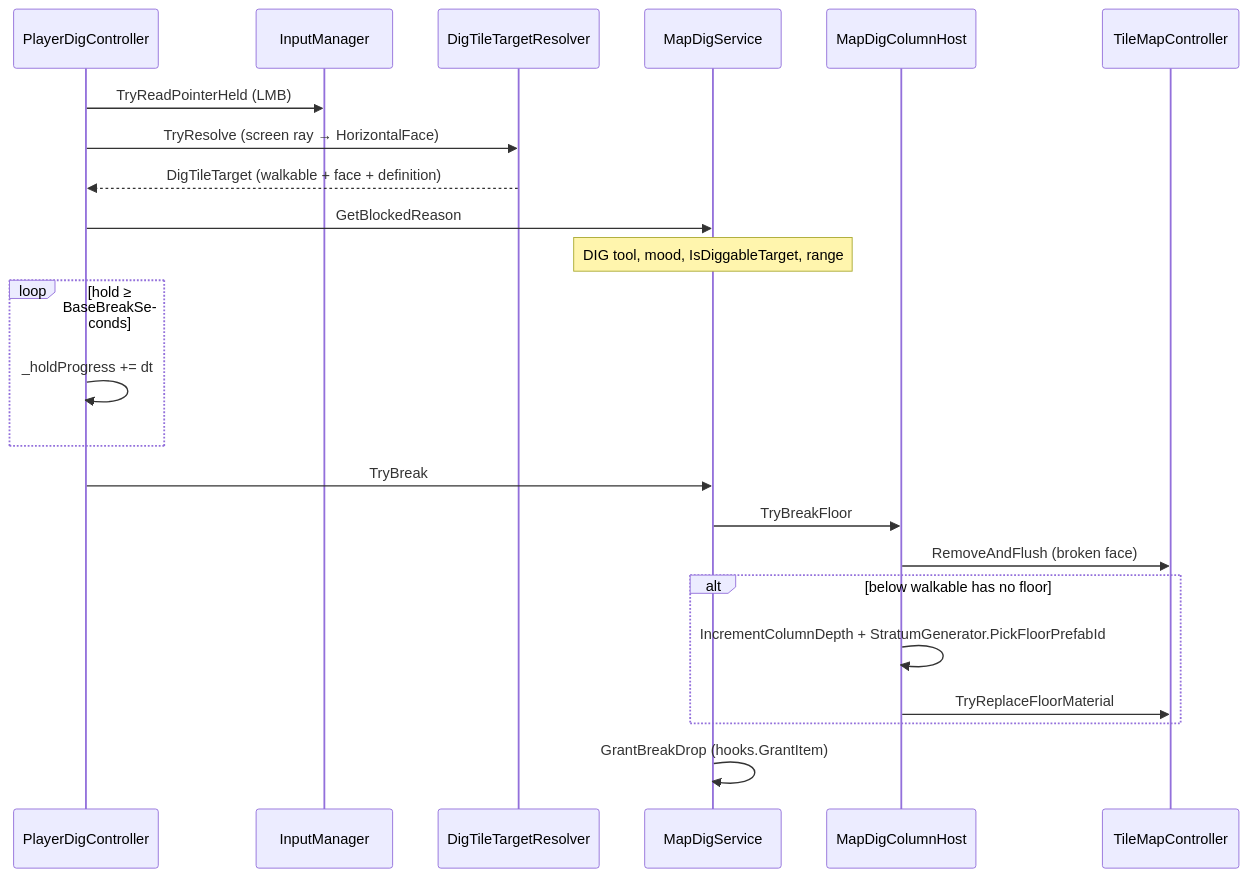
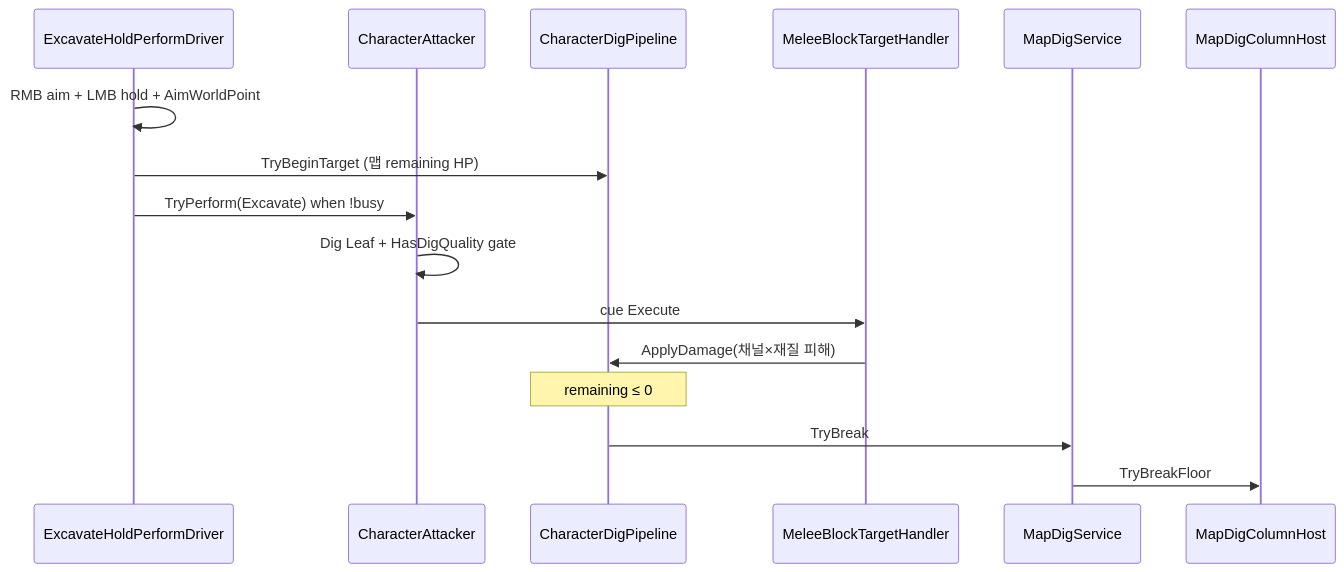
The diagram in docs/map/DIG.md (garunnir/Project_Alpha), drawn with Mermaid before and after one commit. The commit also changed other lines of this file and 164 other files, not shown here.

````diff
--- a/docs/map/DIG.md
+++ b/docs/map/DIG.md
@@ -73,26 +93,19 @@
 ```mermaid
 sequenceDiagram
-    participant PC as PlayerDigController
-    participant IM as InputManager
-    participant R as DigTileTargetResolver
+    participant Input as ExcavateHoldPerformDriver
+    participant Attacker as CharacterAttacker
+    participant Pipeline as CharacterDigPipeline
+    participant Handler as MeleeBlockTargetHandler
     participant S as MapDigService
     participant H as MapDigColumnHost
-    participant C as TileMapController
 
-    PC->>IM: TryReadPointerHeld (LMB)
-    PC->>R: TryResolve (screen ray → HorizontalFace)
-    R-->>PC: DigTileTarget (walkable + face + definition)
-    PC->>S: GetBlockedReason
-    Note over S: DIG tool, mood, IsDiggableTarget, range
-    loop hold ≥ BaseBreakSeconds
-        PC->>PC: _holdProgress += dt
-    end
-    PC->>S: TryBreak
+    Input->>Input: RMB aim + LMB hold + AimWorldPoint
+    Input->>Pipeline: TryBeginTarget (맵 remaining HP)
+    Input->>Attacker: TryPerform(Excavate) when !busy
+    Attacker->>Attacker: Dig Leaf + HasDigQuality gate
+    Attacker->>Handler: cue Execute
+    Handler->>Pipeline: ApplyDamage(채널×재질 피해)
+    Note over Pipeline: remaining ≤ 0
+    Pipeline->>S: TryBreak
     S->>H: TryBreakFloor
-    H->>C: RemoveAndFlush (broken face)
-    alt below walkable has no floor
-        H->>H: IncrementColumnDepth + StratumGenerator.PickFloorPrefabId
-        H->>C: TryReplaceFloorMaterial
-    end
-    S->>S: GrantBreakDrop (hooks.GrantItem)
 ```
````
